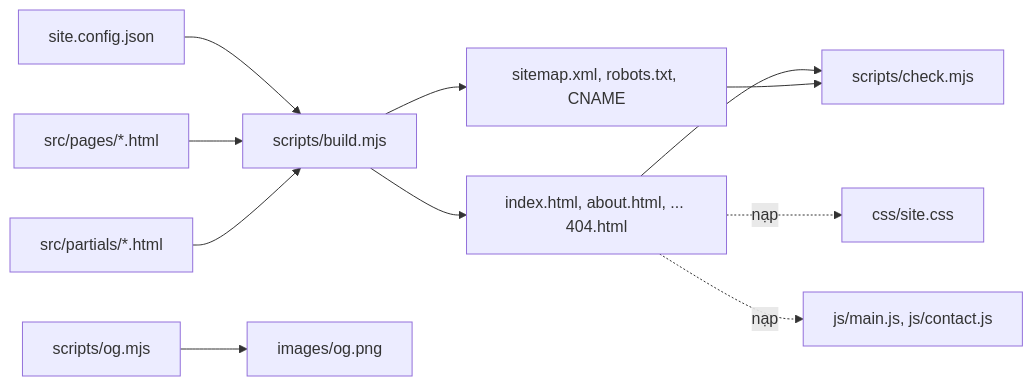
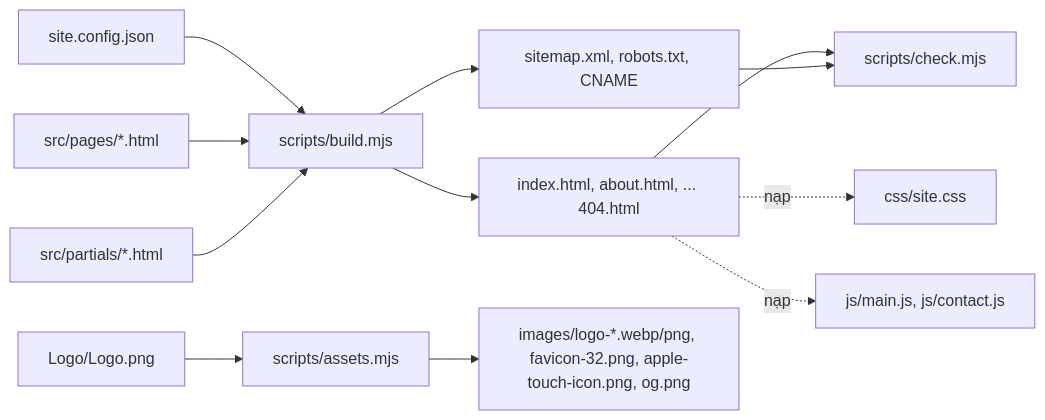
One commit to LIT2451/Synthiq changed the first of 2 diagrams in specs/synthiq-site/design.md. Above: the diagram before and after it, drawn with Mermaid. The commit also changed other lines of this file and 4 other files, not shown here.

First line of the commit message:
spec(synthiq-site): 2.1 Viết scripts/lib/render.mjs: escapeHtml…

````diff
--- a/specs/synthiq-site/design.md
+++ b/specs/synthiq-site/design.md
@@ -13,13 +13,14 @@
 ```mermaid
 flowchart LR
   CFG[site.config.json] --> B[scripts/build.mjs]
   P[src/pages/*.html] --> B
   PT[src/partials/*.html] --> B
   B --> H[index.html, about.html, ... 404.html]
   B --> SM[sitemap.xml, robots.txt, CNAME]
   H --> CK[scripts/check.mjs]
   SM --> CK
   H -.nạp.-> CSS[css/site.css]
   H -.nạp.-> JS[js/main.js, js/contact.js]
-  OG[scripts/og.mjs] --> IMG[images/og.png]
+  LG[Logo/Logo.png] --> AS[scripts/assets.mjs]
+  AS --> IMG[images/logo-*.webp/png, favicon-32.png, apple-touch-icon.png, og.png]
 ```
````
